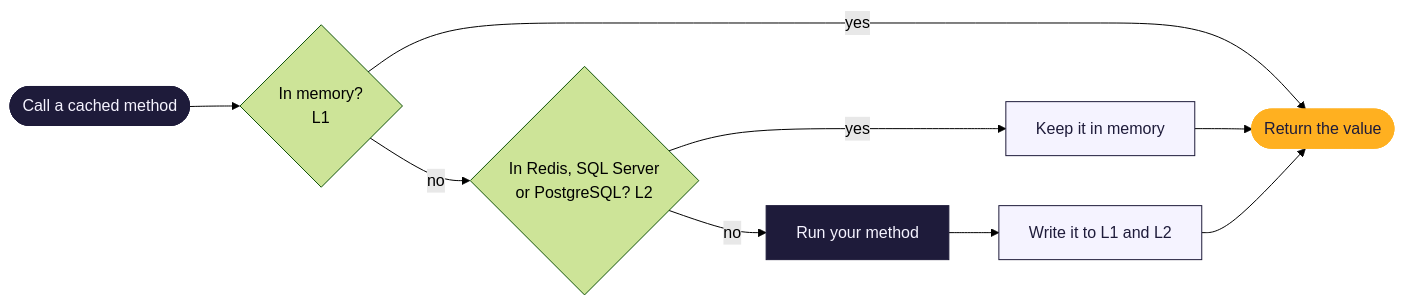
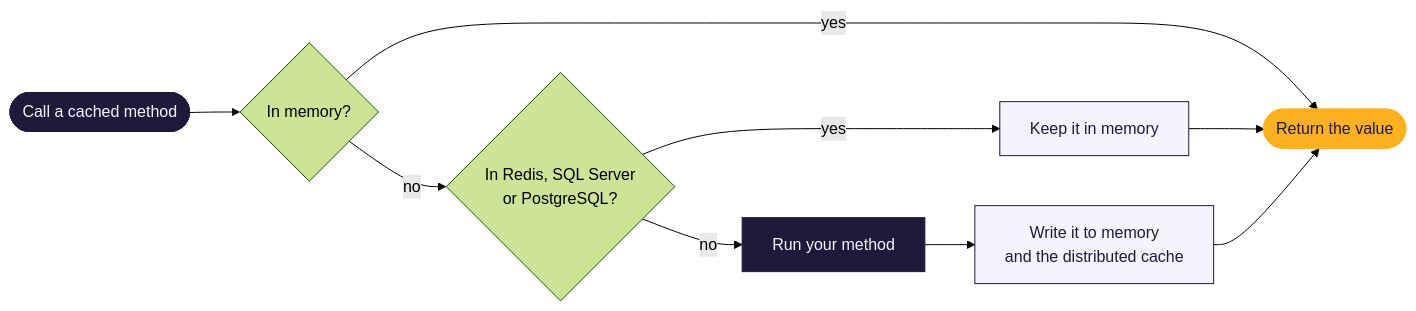
The first of 2 diagrams in docs/features/distributed-cache.md (eoniclabs/MethodCache), drawn with Mermaid (forest theme) before and after one commit. The commit also changed other lines of this file and 57 other files, not shown here.

````diff
--- a/docs/features/distributed-cache.md
+++ b/docs/features/distributed-cache.md
@@ -38,11 +31,11 @@
 ```mermaid
 flowchart LR
-    A([Call a cached method]):::dark --> B{In memory?<br/>L1}
+    A([Call a cached method]):::dark --> B{In memory?}
     B -- yes --> R([Return the value]):::amber
-    B -- no --> C{In Redis, SQL Server<br/>or PostgreSQL? L2}
+    B -- no --> C{In Redis, SQL Server<br/>or PostgreSQL?}
     C -- yes --> D[Keep it in memory]:::light --> R
-    C -- no --> E[Run your method]:::dark --> F[Write it to L1 and L2]:::light --> R
+    C -- no --> E[Run your method]:::dark --> F[Write it to memory<br/>and the distributed cache]:::light --> R
     classDef dark fill:#1E1B3A,stroke:#1E1B3A,color:#F5F3FF
     classDef amber fill:#FFB020,stroke:#FFB020,color:#1E1B3A
     classDef light fill:#F5F3FF,stroke:#1E1B3A,color:#1E1B3A
 ```
````
